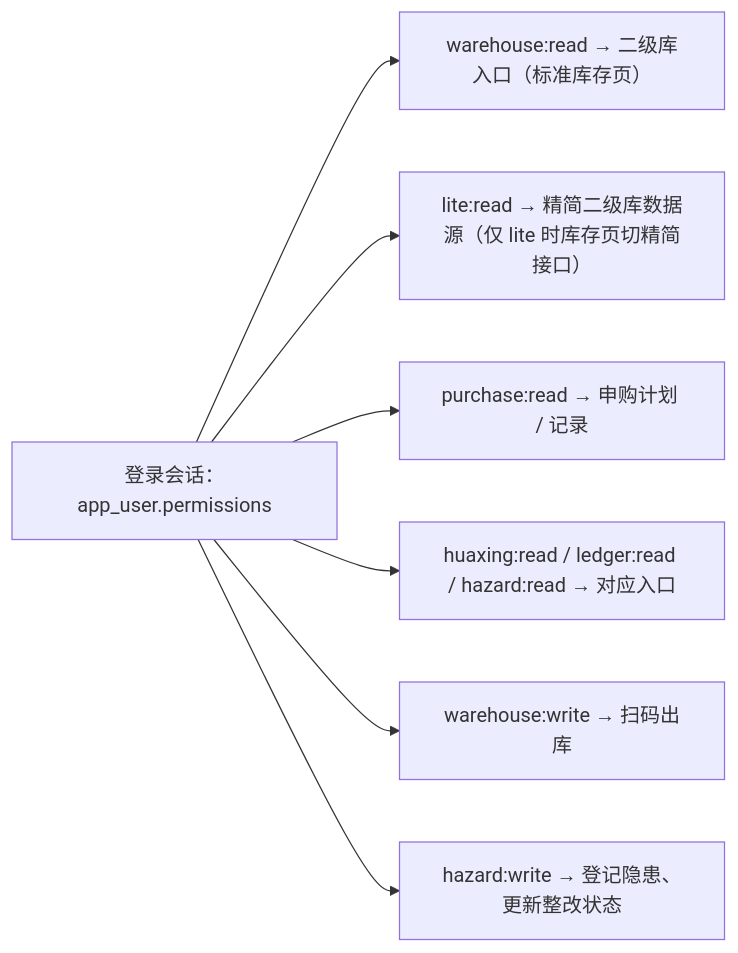
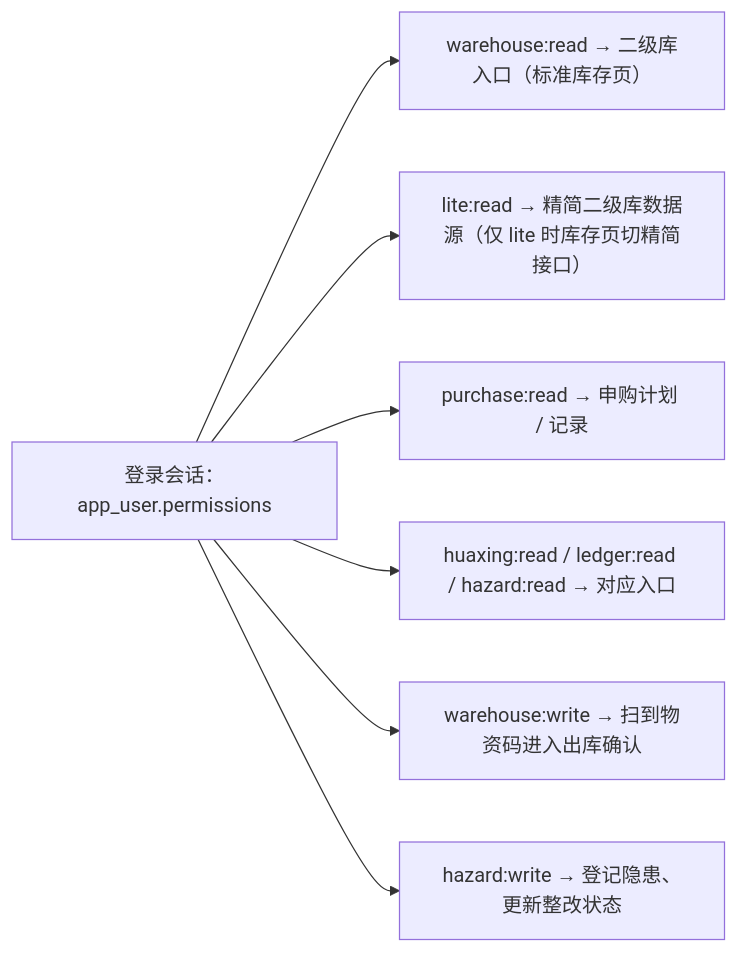
One commit to Sakana-1314/Electrical-Manager changed the tenth of 10 diagrams in docs/websites/pages/dev-architecture.md. Above: the diagram before and after it, drawn with Mermaid. The commit also changed other lines of this file and 10 other files, not shown here.

````diff
--- a/docs/websites/pages/dev-architecture.md
+++ b/docs/websites/pages/dev-architecture.md
@@ -1143,9 +1153,9 @@
 ```mermaid
 flowchart LR
     U["登录会话：app_user.permissions"] --> R1["warehouse:read → 二级库入口（标准库存页）"]
     U --> R1b["lite:read → 精简二级库数据源（仅 lite 时库存页切精简接口）"]
     U --> R2["purchase:read → 申购计划 / 记录"]
     U --> R3["huaxing:read / ledger:read / hazard:read → 对应入口"]
-    U --> W1["warehouse:write → 扫码出库"]
+    U --> W1["warehouse:write → 扫到物资码进入出库确认"]
     U --> W2["hazard:write → 登记隐患、更新整改状态"]
 ```
````
